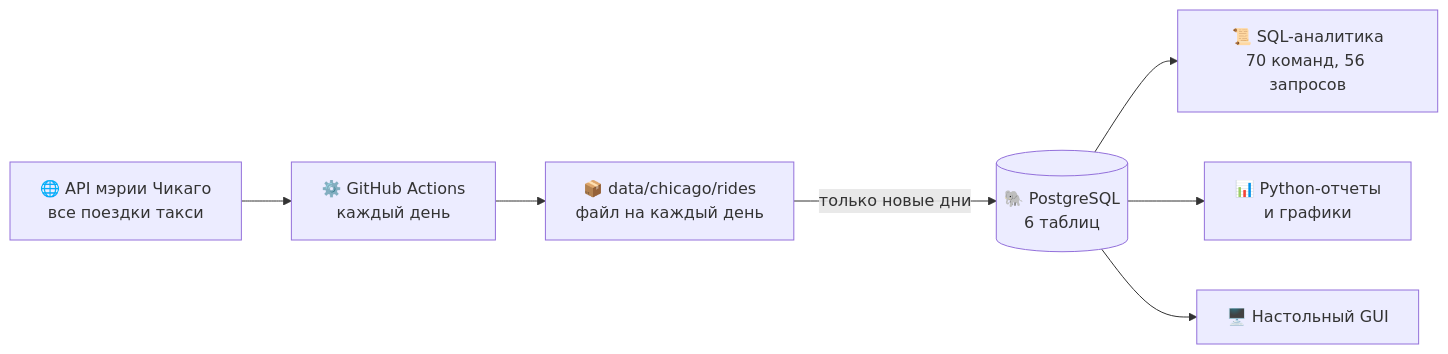
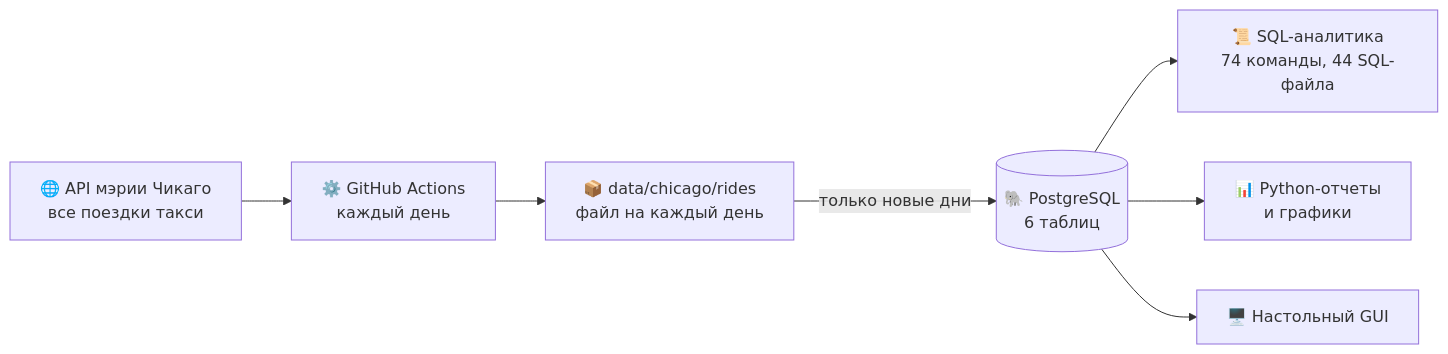
One commit to DarkSwordman999/TAXI-db changed the diagram in README.md. Above: the diagram before and after it, drawn with Mermaid. The commit also changed other lines of this file, not shown here.

Commit message:
README: 169 автопроверок (151 сквозная и 18 модульных), 74 команды и 44 SQL-файла на схеме

````diff
--- a/README.md
+++ b/README.md
@@ -134,15 +134,15 @@
 ```mermaid
 flowchart LR
     API["🌐 API мэрии Чикаго<br/>все поездки такси"]
     GH["⚙️ GitHub Actions<br/>каждый день"]
     CSV["📦 data/chicago/rides<br/>файл на каждый день"]
     DB[("🐘 PostgreSQL<br/>6 таблиц")]
-    SQL["📜 SQL-аналитика<br/>70 команд, 56 запросов"]
+    SQL["📜 SQL-аналитика<br/>74 команды, 44 SQL-файла"]
     PY["📊 Python-отчеты<br/>и графики"]
     GUI["🖥️ Настольный GUI"]
 
     API --> GH --> CSV -->|"только новые дни"| DB
     DB --> SQL
     DB --> PY
     DB --> GUI
 ```
````
